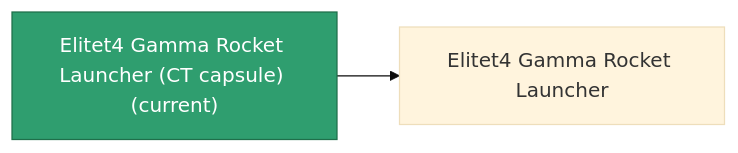
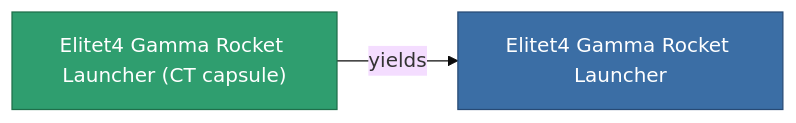
The diagram in content/content/items/elitet4_gamma_rocket_launcher_CT_capsule.md (OpenPerpetuum/Wiki), drawn with Mermaid (base theme) before and after one commit. The commit also changed other lines of this file and 2015 other files, not shown here.

````diff
--- a/content/content/items/elitet4_gamma_rocket_launcher_CT_capsule.md
+++ b/content/content/items/elitet4_gamma_rocket_launcher_CT_capsule.md
@@ -33,8 +33,9 @@
 ```mermaid
 graph LR
-    a["Elitet4 Gamma Rocket Launcher (CT capsule) (current)"]:::current
-    b["Elitet4 Gamma Rocket Launcher"]
-    a --> b
-    click b "/content/items/elitet4-gamma-rocket-launcher/" "Elitet4 Gamma Rocket Launcher"
+    a["Elitet4 Gamma Rocket Launcher (CT capsule)"]:::current
+    b["Elitet4 Gamma Rocket Launcher"]:::finished
+    a -->|yields| b
+                click b "/content/items/elitet4-gamma-rocket-launcher/" "Elitet4 Gamma Rocket Launcher"
     classDef current fill:#2f9e6f,stroke:#1f6f4a,color:#ffffff
+    classDef finished fill:#3b6ea5,stroke:#274a75,color:#ffffff
 ```
````
